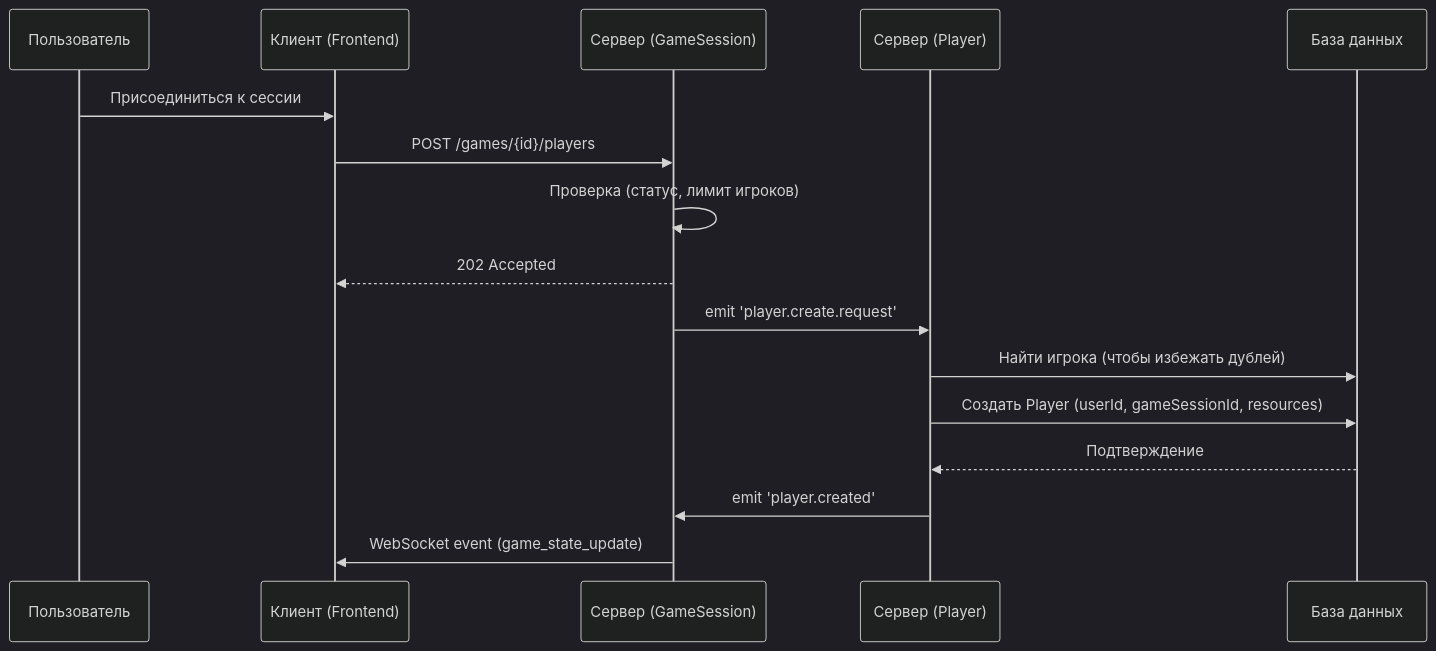
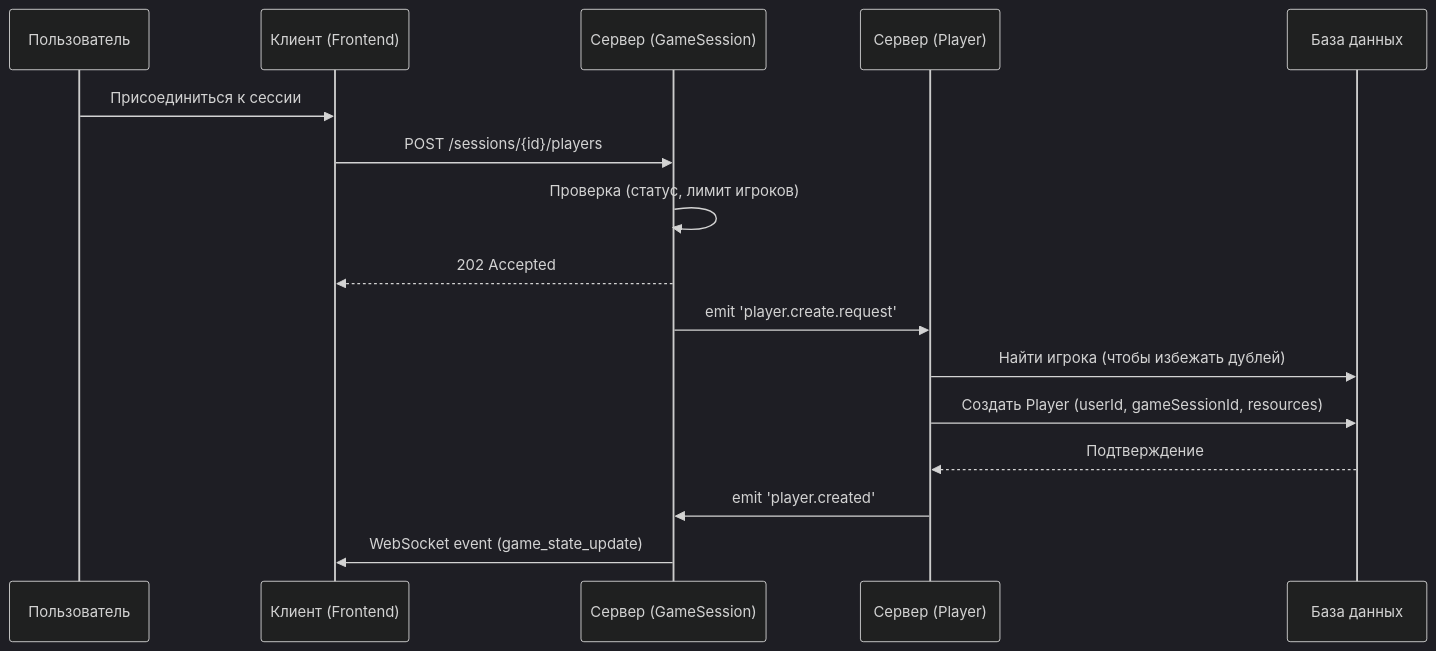
One commit to SanoLitch/auto-strategy changed the diagram in docs/08_player_analytics.md. Above: the diagram before and after it, drawn with Mermaid (dark theme). The commit also changed other lines of this file and 12 other files, not shown here.

First line of the commit message:
rename games endpoints to sessions

````diff
--- a/docs/08_player_analytics.md
+++ b/docs/08_player_analytics.md
@@ -94,21 +94,21 @@
 ```mermaid
 sequenceDiagram
     participant User as Пользователь
     participant Client as Клиент (Frontend)
     participant GameSessionService as Сервер (GameSession)
     participant PlayerService as Сервер (Player)
     participant DB as База данных
 
     User->>Client: Присоединиться к сессии
-    Client->>GameSessionService: POST /games/{id}/players
+    Client->>GameSessionService: POST /sessions/{id}/players
     GameSessionService->>GameSessionService: Проверка (статус, лимит игроков)
     GameSessionService-->>Client: 202 Accepted
     GameSessionService->>PlayerService: emit 'player.create.request'
 
     PlayerService->>DB: Найти игрока (чтобы избежать дублей)
     PlayerService->>DB: Создать Player (userId, gameSessionId, resources)
     DB-->>PlayerService: Подтверждение
     PlayerService->>GameSessionService: emit 'player.created'
 
     GameSessionService->>Client: WebSocket event (game_state_update)
 ```
````
